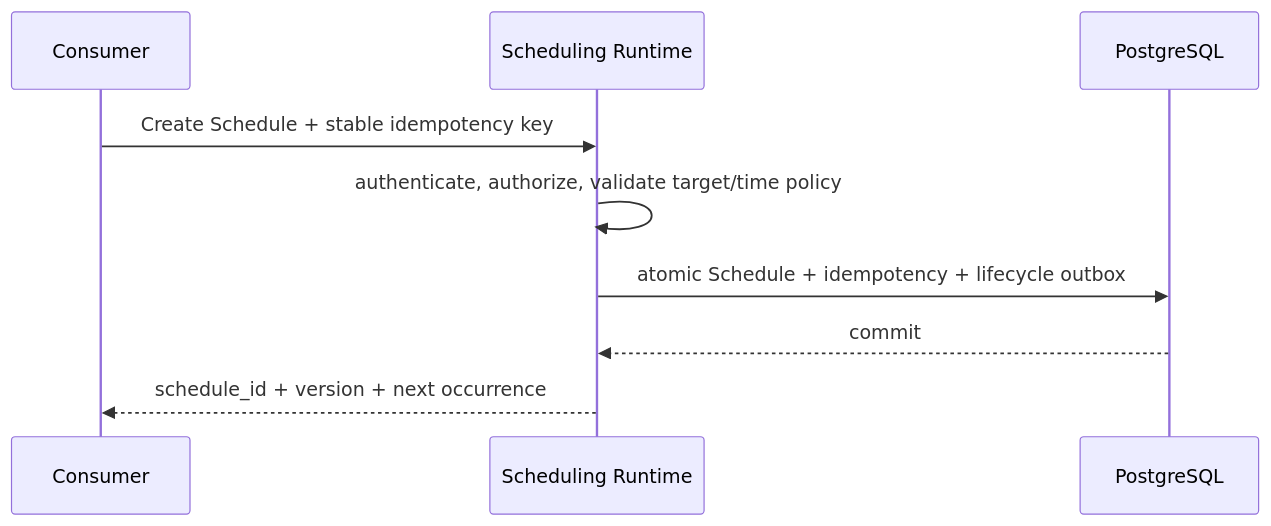
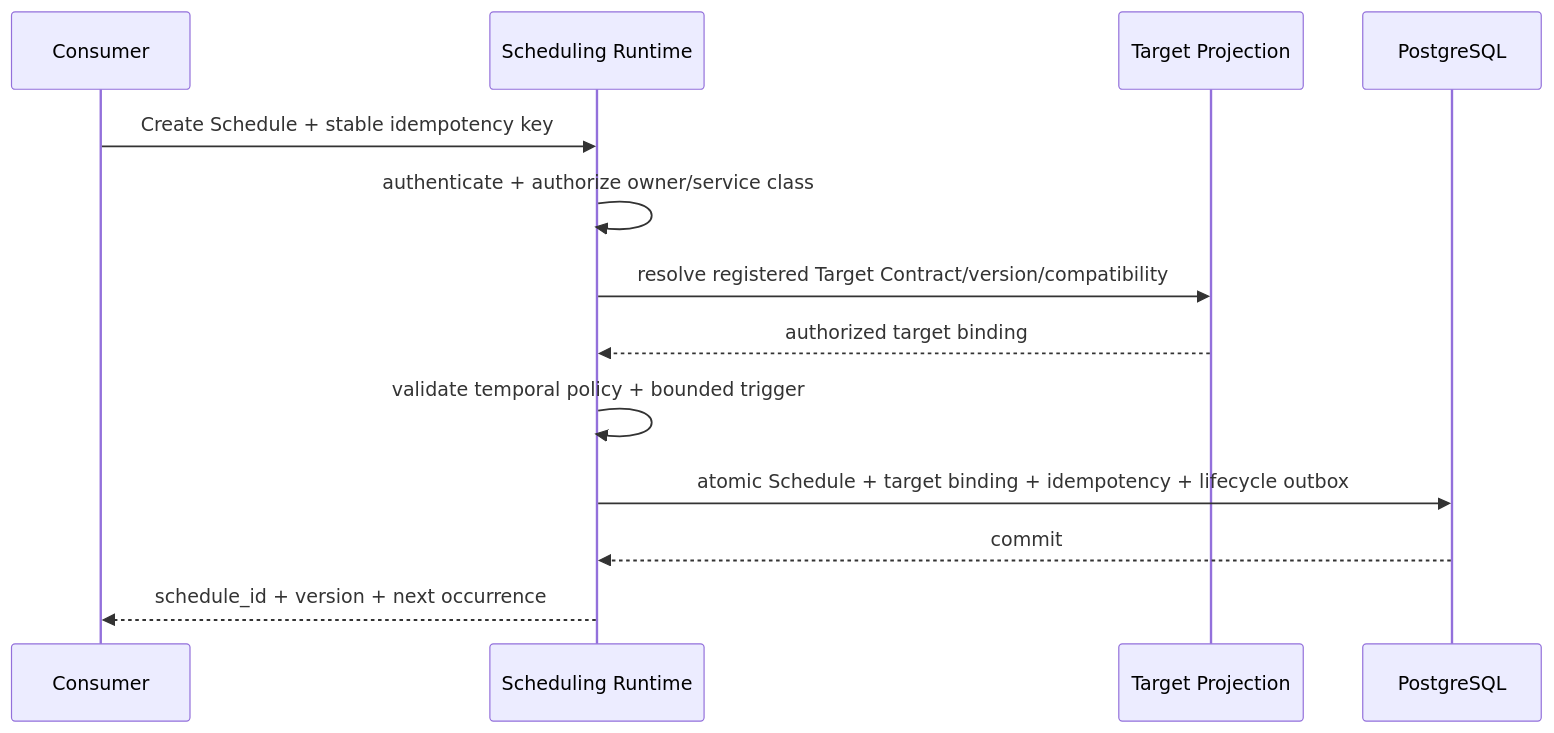
One commit to anshacerbia2/scnehaux-architecture changed the third of 11 diagrams in 04-system/scnehaux-scheduling-platform/scnehaux-scheduling-runtime.sad.md. Above: the diagram before and after it, drawn with Mermaid. The commit also changed other lines of this file, not shown here.

Commit message:
feat(scheduling): harden runtime target versioning fairness and failure semantics

````diff
--- a/04-system/scnehaux-scheduling-platform/scnehaux-scheduling-runtime.sad.md
+++ b/04-system/scnehaux-scheduling-platform/scnehaux-scheduling-runtime.sad.md
@@ -241,12 +252,16 @@
 ```mermaid
 sequenceDiagram
     participant C as Consumer
     participant S as Scheduling Runtime
+    participant T as Target Projection
     participant D as PostgreSQL
 
     C->>S: Create Schedule + stable idempotency key
-    S->>S: authenticate, authorize, validate target/time policy
-    S->>D: atomic Schedule + idempotency + lifecycle outbox
+    S->>S: authenticate + authorize owner/service class
+    S->>T: resolve registered Target Contract/version/compatibility
+    T-->>S: authorized target binding
+    S->>S: validate temporal policy + bounded trigger
+    S->>D: atomic Schedule + target binding + idempotency + lifecycle outbox
     D-->>S: commit
     S-->>C: schedule_id + version + next occurrence
 ```
````
